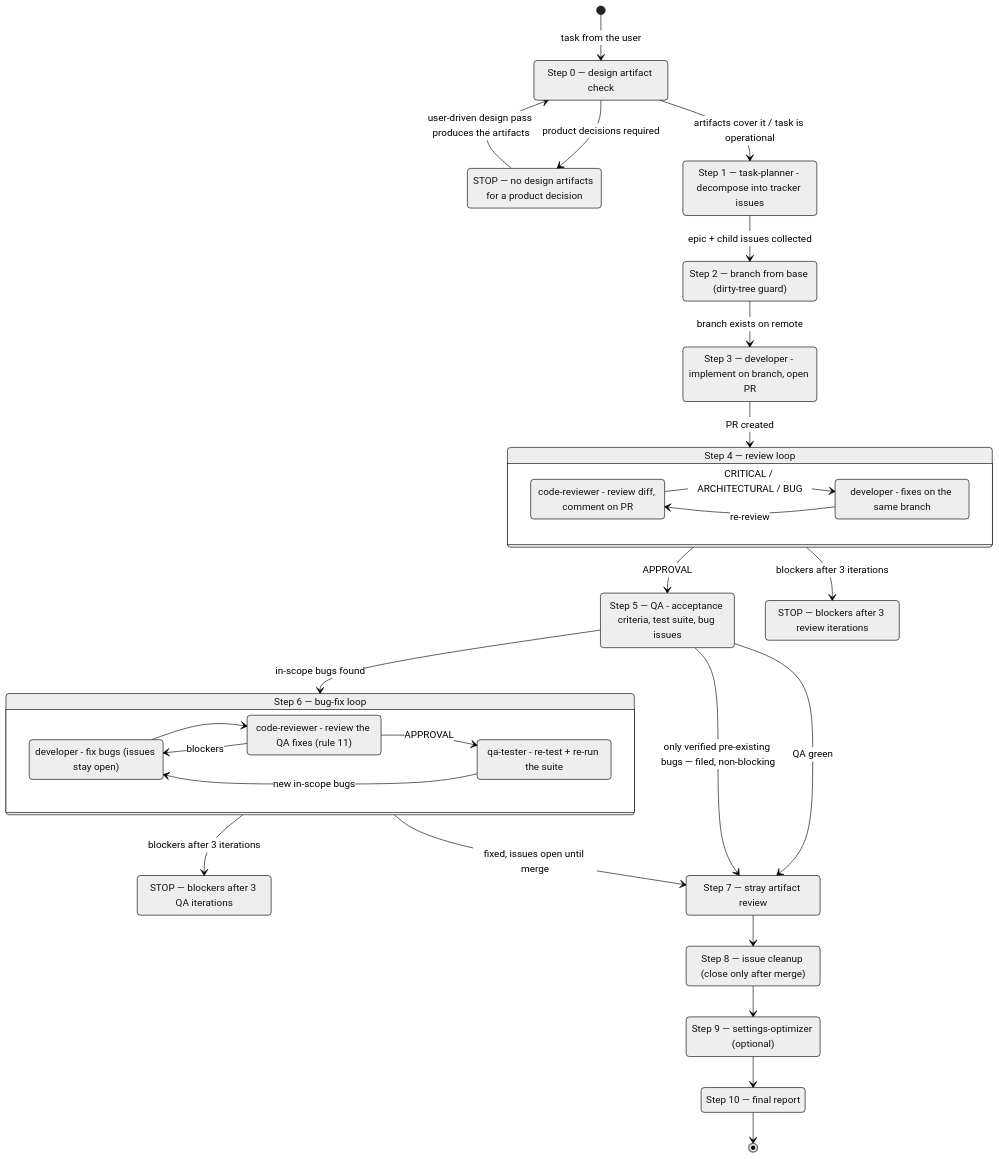
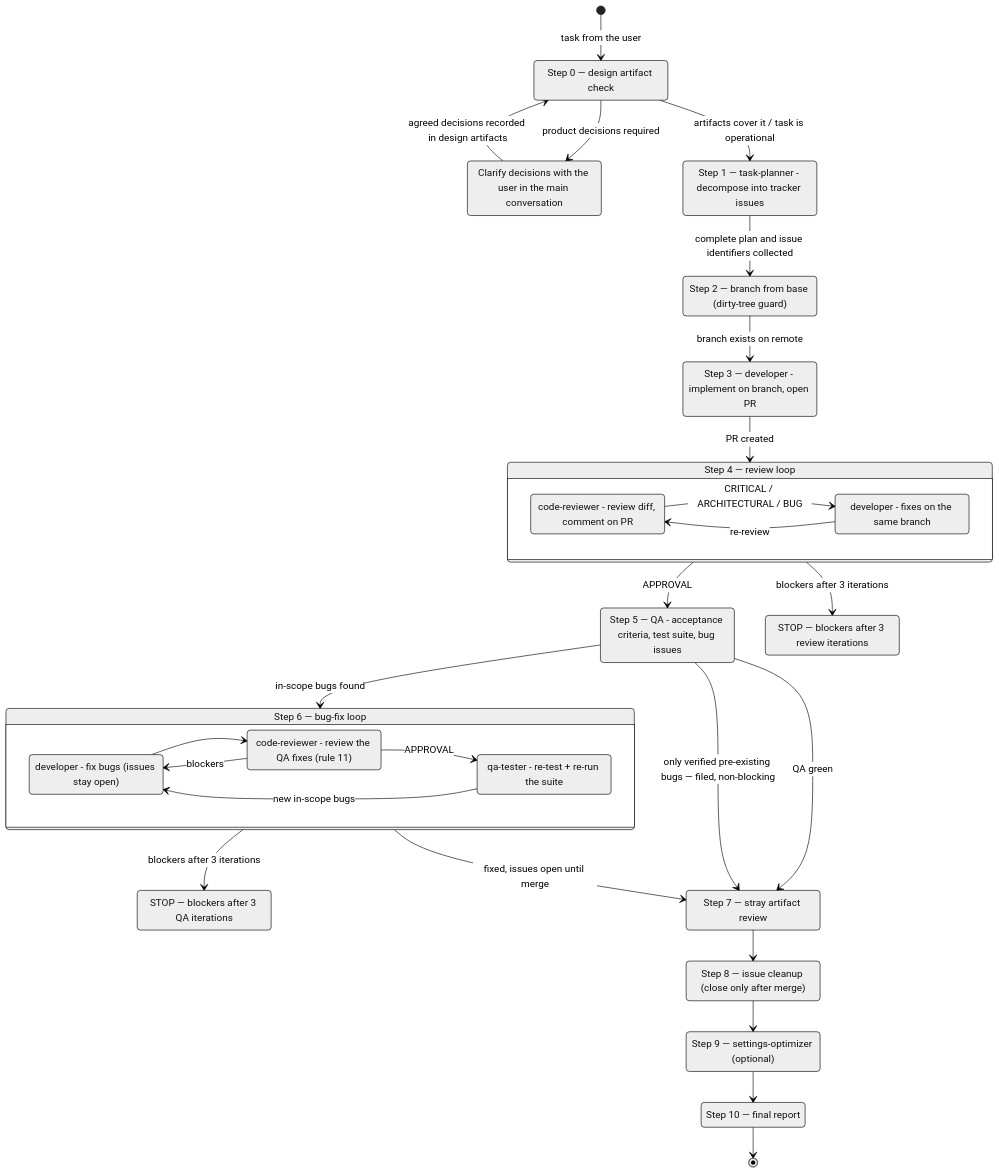
Before and after one commit to TeleginS/agent-orchestration: the diagram in PIPELINE-GRAPH.md, drawn with Mermaid (neutral theme). The commit also changed other lines of this file and 50 other files, not shown here.

````diff
--- a/PIPELINE-GRAPH.md
+++ b/PIPELINE-GRAPH.md
@@ -7,57 +7,57 @@
 ```mermaid
 stateDiagram-v2
     [*] --> S0: task from the user
 
     state "Step 0 — design artifact check" as S0
-    state "STOP — no design artifacts for a product decision" as STOP_DESIGN
+    state "Clarify decisions with the user in the main conversation" as CLARIFY_DESIGN
     state "Step 1 — task-planner - decompose into tracker issues" as S1
     state "Step 2 — branch from base (dirty-tree guard)" as S2
     state "Step 3 — developer - implement on branch, open PR" as S3
     state "Step 5 — QA - acceptance criteria, test suite, bug issues" as S5
     state "STOP — blockers after 3 review iterations" as STOP_REVIEW
     state "STOP — blockers after 3 QA iterations" as STOP_QA
     state "Step 7 — stray artifact review" as S7
     state "Step 8 — issue cleanup (close only after merge)" as S8
     state "Step 9 — settings-optimizer (optional)" as S9
     state "Step 10 — final report" as S10
 
     S0 --> S1: artifacts cover it / task is operational
-    S0 --> STOP_DESIGN: product decisions required
-    STOP_DESIGN --> S0: user-driven design pass produces the artifacts
+    S0 --> CLARIFY_DESIGN: product decisions required
+    CLARIFY_DESIGN --> S0: agreed decisions recorded in design artifacts
 
-    S1 --> S2: epic + child issues collected
+    S1 --> S2: complete plan and issue identifiers collected
     S2 --> S3: branch exists on remote
     S3 --> S4: PR created
 
     state "Step 4 — review loop" as S4 {
         direction LR
         state "code-reviewer - review diff, comment on PR" as R4
         state "developer - fixes on the same branch" as F4
         R4 --> F4: CRITICAL / ARCHITECTURAL / BUG
         F4 --> R4: re-review
     }
     S4 --> STOP_REVIEW: blockers after 3 iterations
     S4 --> S5: APPROVAL
 
     S5 --> S7: QA green
     S5 --> S6: in-scope bugs found
     S5 --> S7: only verified pre-existing bugs — filed, non-blocking
 
     state "Step 6 — bug-fix loop" as S6 {
         direction LR
         state "developer - fix bugs (issues stay open)" as F6
         state "code-reviewer - review the QA fixes (rule 11)" as RV6
         state "qa-tester - re-test + re-run the suite" as Q6
         F6 --> RV6
         RV6 --> F6: blockers
         RV6 --> Q6: APPROVAL
         Q6 --> F6: new in-scope bugs
     }
     S6 --> STOP_QA: blockers after 3 iterations
     S6 --> S7: fixed, issues open until merge
 
     S7 --> S8
     S8 --> S9
     S9 --> S10
     S10 --> [*]
 ```
````
